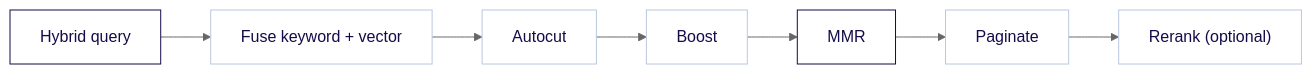
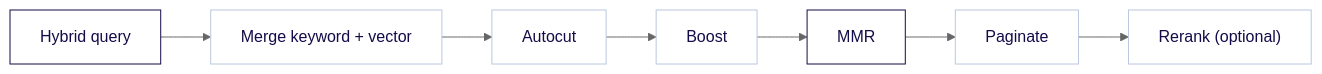
Before and after one commit to weaviate/weaviate-io: the diagram in blog/2026-08-27-weaviate-1-39/_core-1-39-include.mdx, drawn with Mermaid (neutral theme). The commit also changed other lines of this file and 1 other file, not shown here.

````diff
--- a/blog/2026-08-27-weaviate-1-39/_core-1-39-include.mdx
+++ b/blog/2026-08-27-weaviate-1-39/_core-1-39-include.mdx
@@ -98,16 +98,16 @@
 ```mermaid
 flowchart LR
-  Q["Hybrid query"] --> F["Fuse keyword + vector"]
+  Q["Hybrid query"] --> F["Merge keyword + vector"]
   F --> A["Autocut"]
   A --> B["Boost"]
   B --> M["MMR"]
   M --> P["Paginate"]
   P --> R["Rerank (optional)"]
   style Q fill:#ffffff,stroke:#130C49,color:#130C49
   style F fill:#ffffff,stroke:#B9C8DF,color:#130C49
   style A fill:#ffffff,stroke:#B9C8DF,color:#130C49
   style B fill:#ffffff,stroke:#B9C8DF,color:#130C49
   style M fill:#ffffff,stroke:#130C49,color:#130C49
   style P fill:#ffffff,stroke:#B9C8DF,color:#130C49
   style R fill:#ffffff,stroke:#B9C8DF,color:#130C49
 ```
````
